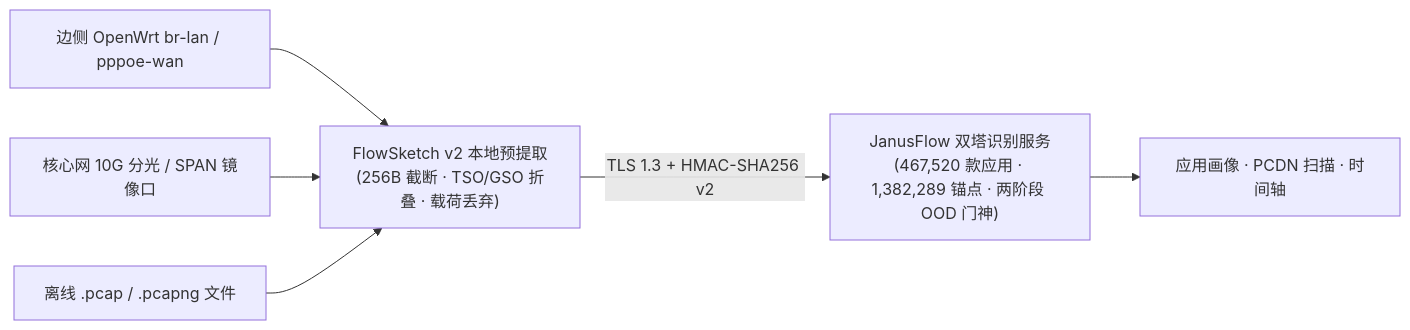
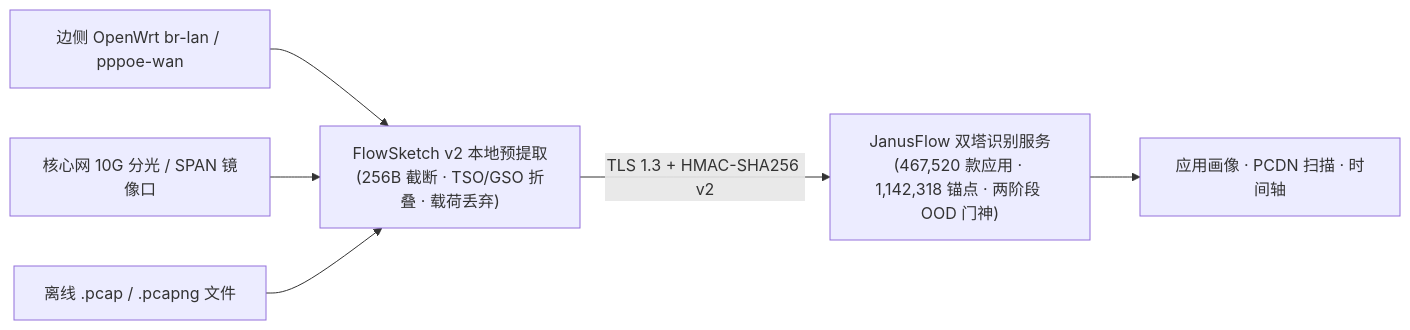
Before and after one commit to 876387/janusflow-probe: the diagram in README.md, drawn with Mermaid. The commit also changed other lines of this file and 1 other file, not shown here.

````diff
--- a/README.md
+++ b/README.md
@@ -28,8 +28,8 @@
 ```mermaid
 flowchart LR
     A["边侧 OpenWrt br-lan / pppoe-wan"] --> C["FlowSketch v2 本地预提取<br/>(256B 截断 · TSO/GSO 折叠 · 载荷丢弃)"]
     B["核心网 10G 分光 / SPAN 镜像口"] --> C
     P["离线 .pcap / .pcapng 文件"] --> C
-    C -->|"TLS 1.3 + HMAC-SHA256 v2"| D["JanusFlow 双塔识别服务<br/>(467,520 款应用 · 1,382,289 锚点 · 两阶段 OOD 门神)"]
+    C -->|"TLS 1.3 + HMAC-SHA256 v2"| D["JanusFlow 双塔识别服务<br/>(467,520 款应用 · 1,142,318 锚点 · 两阶段 OOD 门神)"]
     D --> E["应用画像 · PCDN 扫描 · 时间轴"]
 ```
````
